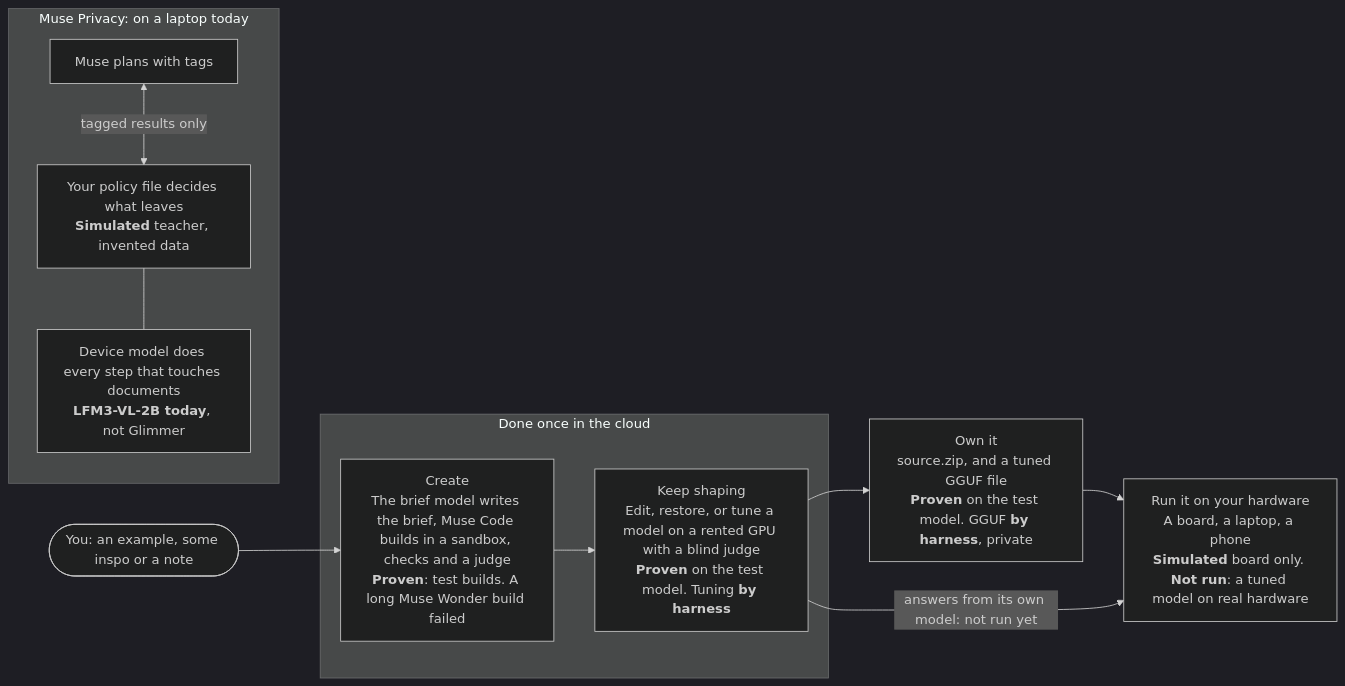
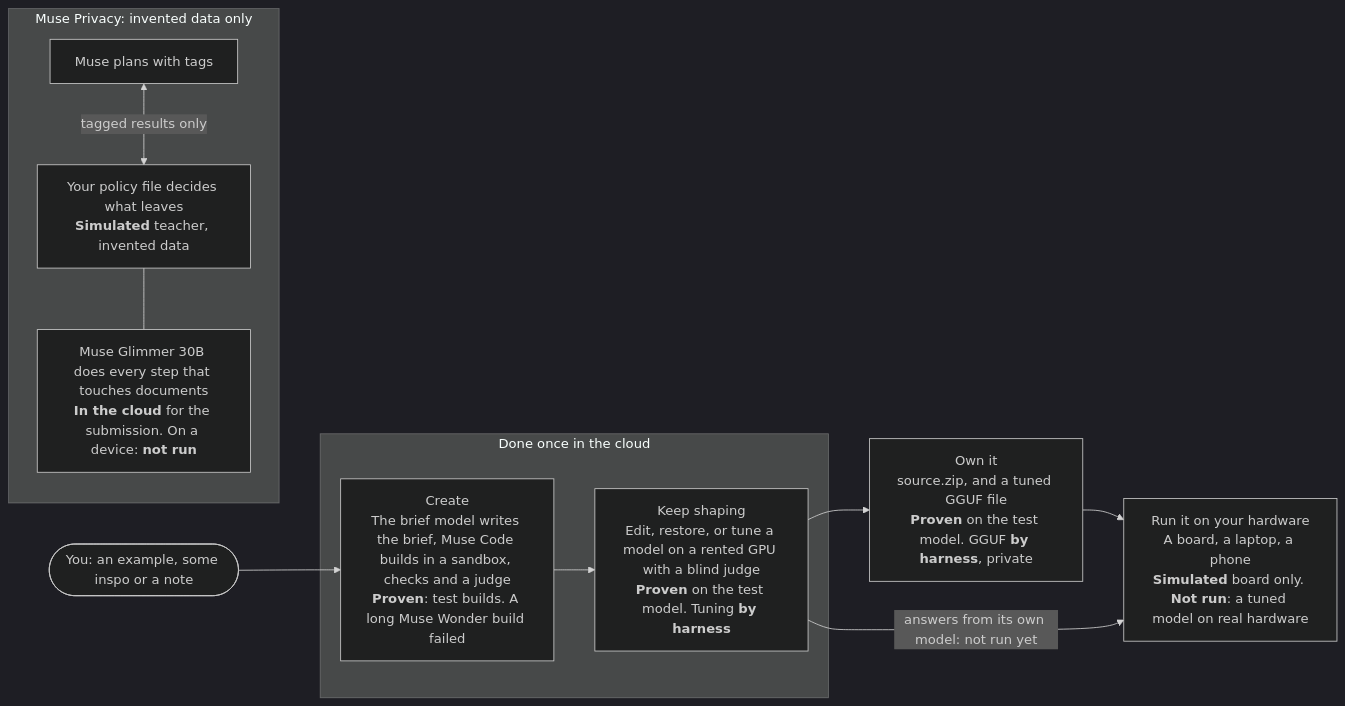
The first of 2 diagrams in README.md (Offline-Base/muse-muse), drawn with Mermaid (dark theme) before and after one commit. The commit also changed other lines of this file and 8 other files, not shown here.

````diff
--- a/README.md
+++ b/README.md
@@ -14,23 +14,23 @@
 ```mermaid
 flowchart LR
   you(["You: an example, some inspo or a note"])
 
   subgraph cloud["Done once in the cloud"]
     create["Create<br/>The brief model writes the brief, Muse Code builds in a sandbox, checks and a judge<br/><b>Proven</b>: test builds. A long Muse Wonder build failed"]
     shape["Keep shaping<br/>Edit, restore, or tune a model on a rented GPU with a blind judge<br/><b>Proven</b> on the test model. Tuning <b>by harness</b>"]
   end
 
   own["Own it<br/>source.zip, and a tuned GGUF file<br/><b>Proven</b> on the test model. GGUF <b>by harness</b>, private"]
   run["Run it on your hardware<br/>A board, a laptop, a phone<br/><b>Simulated</b> board only. <b>Not run</b>: a tuned model on real hardware"]
 
-  subgraph privacy["Muse Privacy: on a laptop today"]
+  subgraph privacy["Muse Privacy: invented data only"]
     muse["Muse plans with tags"]
-    device["Device model does every step that touches documents<br/><b>LFM3-VL-2B today</b>, not Glimmer"]
+    device["Muse Glimmer 30B does every step that touches documents<br/><b>In the cloud</b> for the submission. On a device: <b>not run</b>"]
     policy["Your policy file decides what leaves<br/><b>Simulated</b> teacher, invented data"]
   end
 
   you --> create --> shape --> own --> run
   shape -->|"answers from its own model: not run yet"| run
   muse <-->|"tagged results only"| policy
   policy --- device
 ```
````
